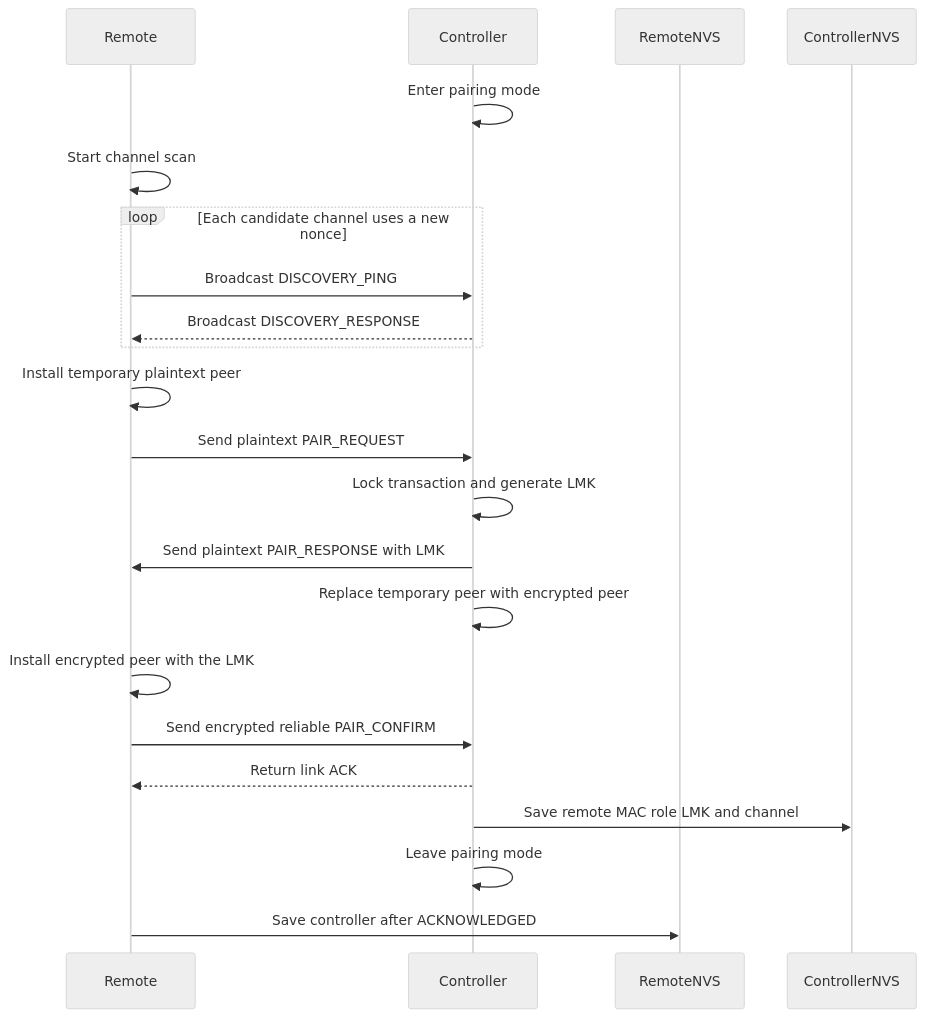
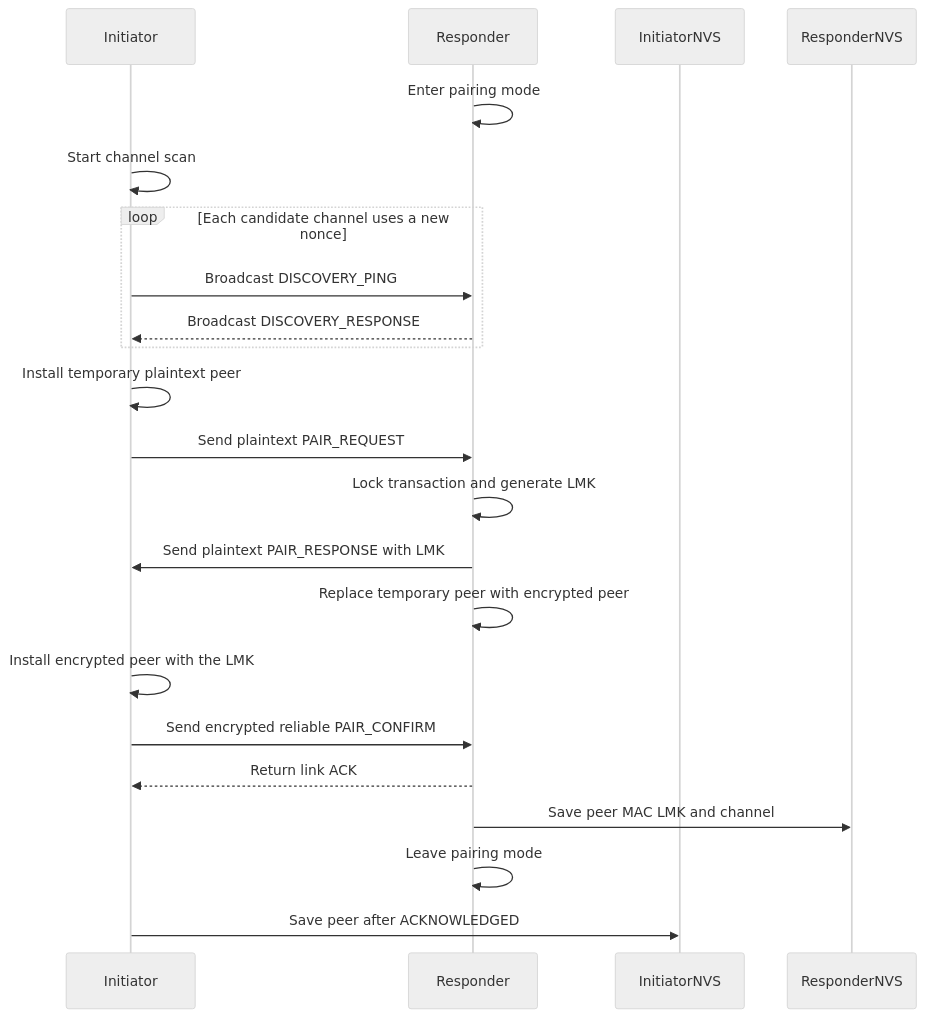
The sixth of 9 diagrams in components/middleware/espnow_link/README.md (qingmeijiupiao/Wireless_power_meter_lite), drawn with Mermaid (neutral theme) before and after one commit. The commit also changed other lines of this file and 16 other files, not shown here.

````diff
--- a/components/middleware/espnow_link/README.md
+++ b/components/middleware/espnow_link/README.md
@@ -254,27 +254,27 @@
 ```mermaid
 sequenceDiagram
-    participant Remote
-    participant Controller
-    participant RemoteNVS
-    participant ControllerNVS
+    participant Initiator
+    participant Responder
+    participant InitiatorNVS
+    participant ResponderNVS
 
-    Controller->>Controller: Enter pairing mode
-    Remote->>Remote: Start channel scan
+    Responder->>Responder: Enter pairing mode
+    Initiator->>Initiator: Start channel scan
 
     loop Each candidate channel uses a new nonce
-        Remote->>Controller: Broadcast DISCOVERY_PING
-        Controller-->>Remote: Broadcast DISCOVERY_RESPONSE
+        Initiator->>Responder: Broadcast DISCOVERY_PING
+        Responder-->>Initiator: Broadcast DISCOVERY_RESPONSE
     end
 
-    Remote->>Remote: Install temporary plaintext peer
-    Remote->>Controller: Send plaintext PAIR_REQUEST
-    Controller->>Controller: Lock transaction and generate LMK
-    Controller->>Remote: Send plaintext PAIR_RESPONSE with LMK
-    Controller->>Controller: Replace temporary peer with encrypted peer
-    Remote->>Remote: Install encrypted peer with the LMK
-    Remote->>Controller: Send encrypted reliable PAIR_CONFIRM
-    Controller-->>Remote: Return link ACK
-    Controller->>ControllerNVS: Save remote MAC role LMK and channel
-    Controller->>Controller: Leave pairing mode
-    Remote->>RemoteNVS: Save controller after ACKNOWLEDGED
+    Initiator->>Initiator: Install temporary plaintext peer
+    Initiator->>Responder: Send plaintext PAIR_REQUEST
+    Responder->>Responder: Lock transaction and generate LMK
+    Responder->>Initiator: Send plaintext PAIR_RESPONSE with LMK
+    Responder->>Responder: Replace temporary peer with encrypted peer
+    Initiator->>Initiator: Install encrypted peer with the LMK
+    Initiator->>Responder: Send encrypted reliable PAIR_CONFIRM
+    Responder-->>Initiator: Return link ACK
+    Responder->>ResponderNVS: Save peer MAC LMK and channel
+    Responder->>Responder: Leave pairing mode
+    Initiator->>InitiatorNVS: Save peer after ACKNOWLEDGED
 ```
````
